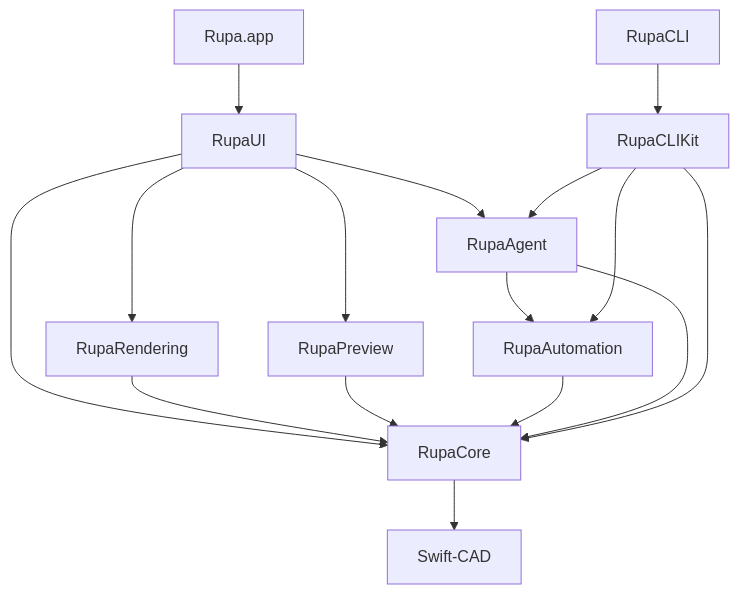
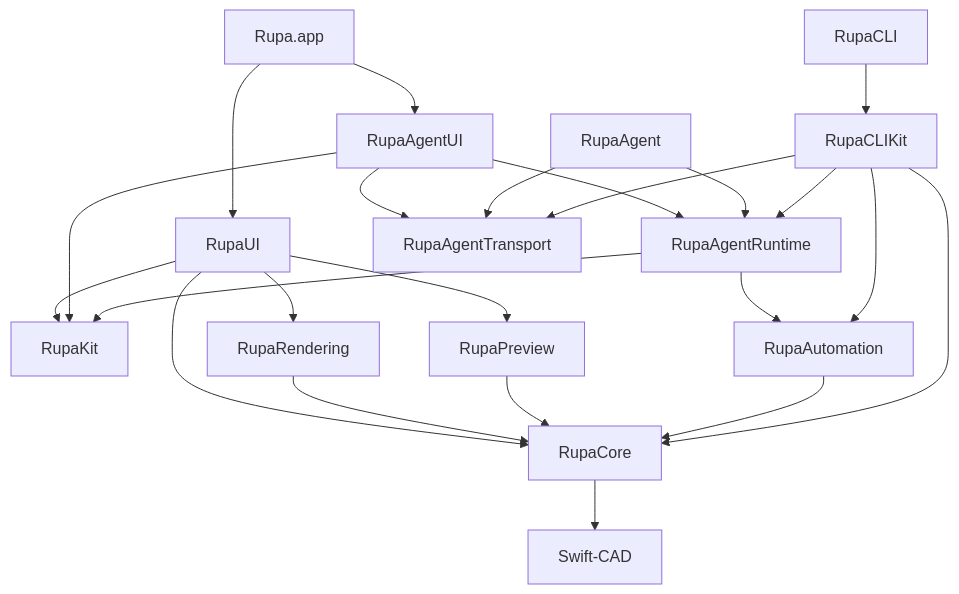
Diagram 12 of 12 in Rupa/PHILOSOPHY.md (1amageek/Rupa), drawn with Mermaid before and after one commit. The commit also changed other lines of this file and 5 other files, not shown here.

````diff
--- a/Rupa/PHILOSOPHY.md
+++ b/Rupa/PHILOSOPHY.md
@@ -341,18 +366,25 @@
 ```mermaid
 flowchart TD
     App["Rupa.app"] --> UI["RupaUI"]
+    App --> AgentUI["RupaAgentUI"]
     UI --> Core["RupaCore"]
-    UI --> Agent["RupaAgent"]
+    UI --> Kit["RupaKit"]
     UI --> Rendering["RupaRendering"]
     UI --> Preview["RupaPreview"]
+    AgentUI --> Runtime["RupaAgentRuntime"]
+    AgentUI --> Transport["RupaAgentTransport"]
+    AgentUI --> Kit
     Rendering --> Core
     Preview --> Core
     Automation["RupaAutomation"] --> Core
-    Agent["RupaAgent"] --> Automation
-    Agent --> Core
+    Runtime --> Automation
+    Runtime --> Kit
+    Agent["RupaAgent"] --> Runtime
+    Agent --> Transport
     CLI["RupaCLI"] --> CLIKit["RupaCLIKit"]
-    CLIKit --> Agent
+    CLIKit --> Runtime
+    CLIKit --> Transport
     CLIKit --> Automation
     CLIKit --> Core
     Core --> SwiftCAD["Swift-CAD"]
 ```
````
